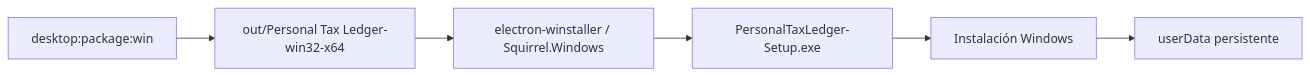
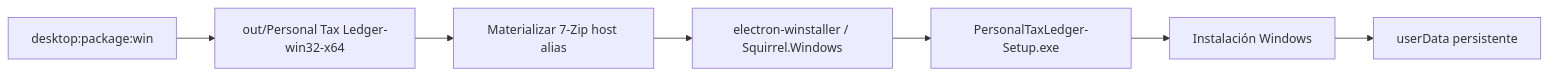
One commit to cmartinezs/personal-tax-ledger changed the third of 4 diagrams in docs/desktop-electron.md. Above: the diagram before and after it, drawn with Mermaid. The commit also changed other lines of this file, not shown here.

Commit message:
docs: document deterministic Squirrel 7-Zip materialization

````diff
--- a/docs/desktop-electron.md
+++ b/docs/desktop-electron.md
@@ -124,8 +124,9 @@
 ```mermaid
 flowchart LR
     A[desktop:package:win] --> P[out/Personal Tax Ledger-win32-x64]
-    P --> W[electron-winstaller / Squirrel.Windows]
+    P --> Z[Materializar 7-Zip host alias]
+    Z --> W[electron-winstaller / Squirrel.Windows]
     W --> S[PersonalTaxLedger-Setup.exe]
     S --> I[Instalación Windows]
     I --> U[userData persistente]
 ```
````
